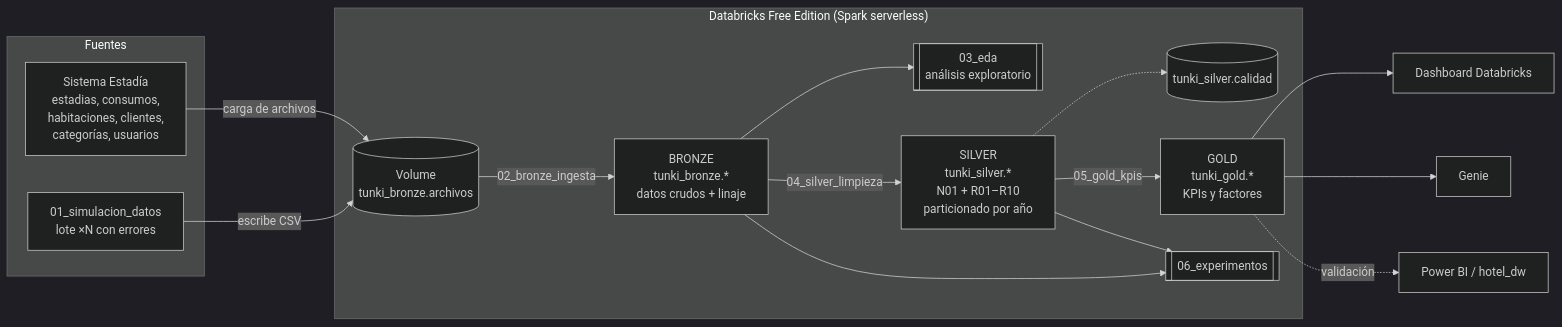
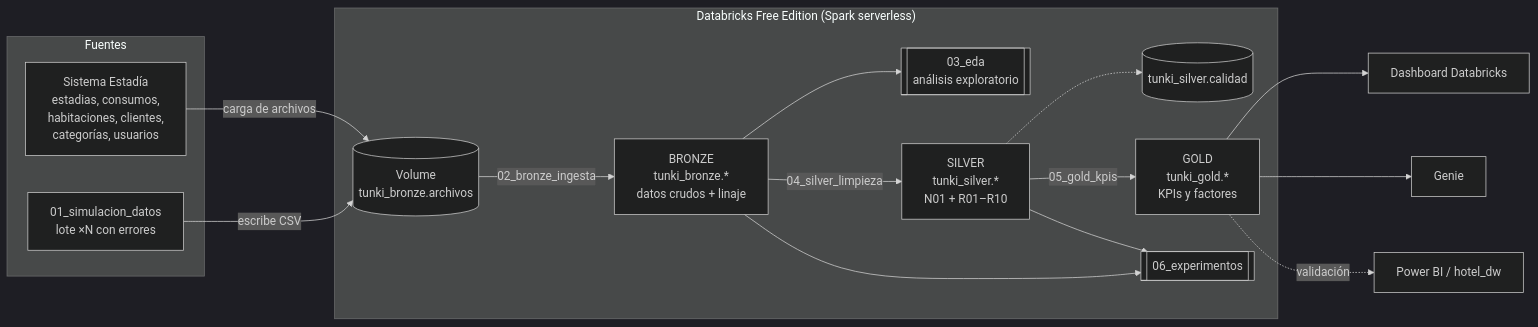
One commit to AlexAmancio/proyecto-bi-bigdata changed the first of 2 diagrams in bigdata/README.md. Above: the diagram before and after it, drawn with Mermaid (dark theme). The commit also changed other lines of this file and 3 other files, not shown here.

First line of the commit message:
Silver sin partición por año (Databricks no admite ñ en columnas de partición)

````diff
--- a/bigdata/README.md
+++ b/bigdata/README.md
@@ -25,27 +25,27 @@
 ```mermaid
 flowchart LR
     subgraph Fuentes
         S1[Sistema Estadía<br/>estadias, consumos,<br/>habitaciones, clientes,<br/>categorías, usuarios]
         S2[01_simulacion_datos<br/>lote ×N con errores]
     end
     subgraph "Databricks Free Edition (Spark serverless)"
         V[(Volume<br/>tunki_bronze.archivos)]
         B[BRONZE<br/>tunki_bronze.*<br/>datos crudos + linaje]
         E[[03_eda<br/>análisis exploratorio]]
-        SV[SILVER<br/>tunki_silver.*<br/>N01 + R01–R10<br/>particionado por año]
+        SV[SILVER<br/>tunki_silver.*<br/>N01 + R01–R10]
         Q[(tunki_silver.calidad)]
         G[GOLD<br/>tunki_gold.*<br/>KPIs y factores]
         X[[06_experimentos]]
     end
     S1 -- carga de archivos --> V
     S2 -- escribe CSV --> V
     V -- 02_bronze_ingesta --> B
     B --> E
     B -- 04_silver_limpieza --> SV
     SV -.-> Q
     SV -- 05_gold_kpis --> G
     G --> D[Dashboard Databricks]
     G --> GN[Genie]
     G -. validación .-> PBI[Power BI / hotel_dw]
     B & SV --> X
 ```
````
